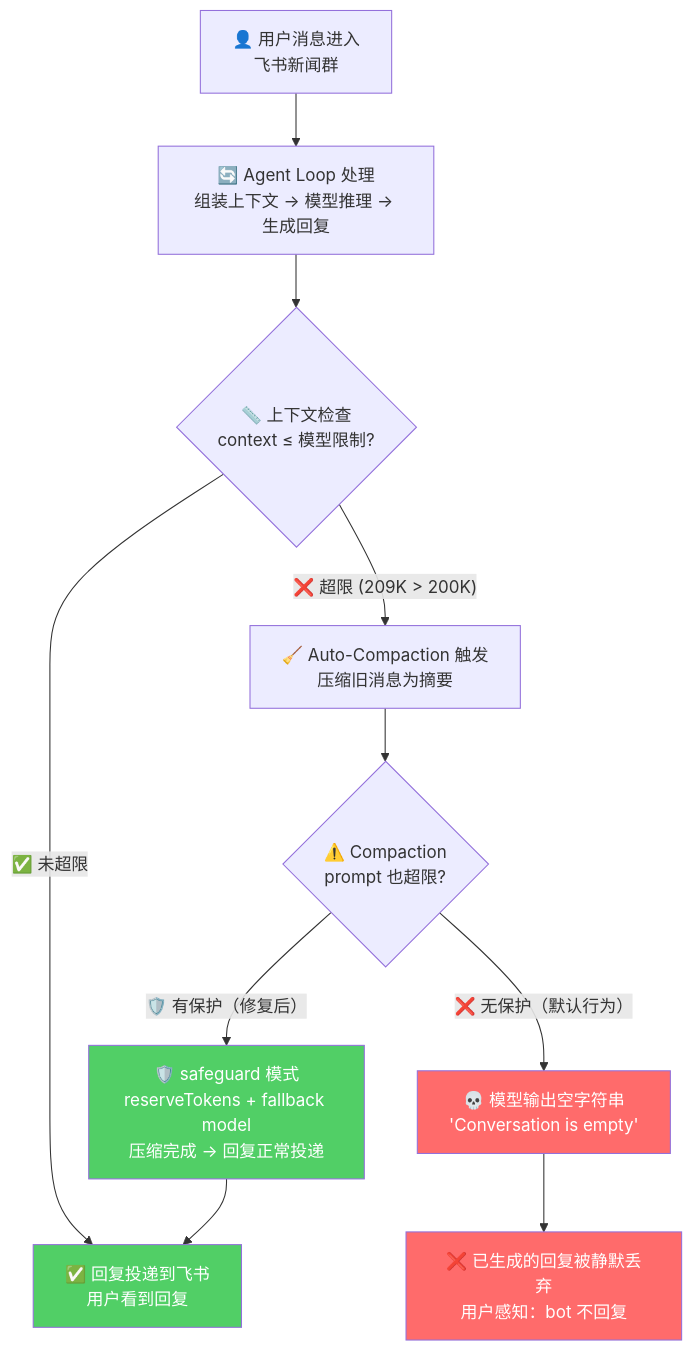
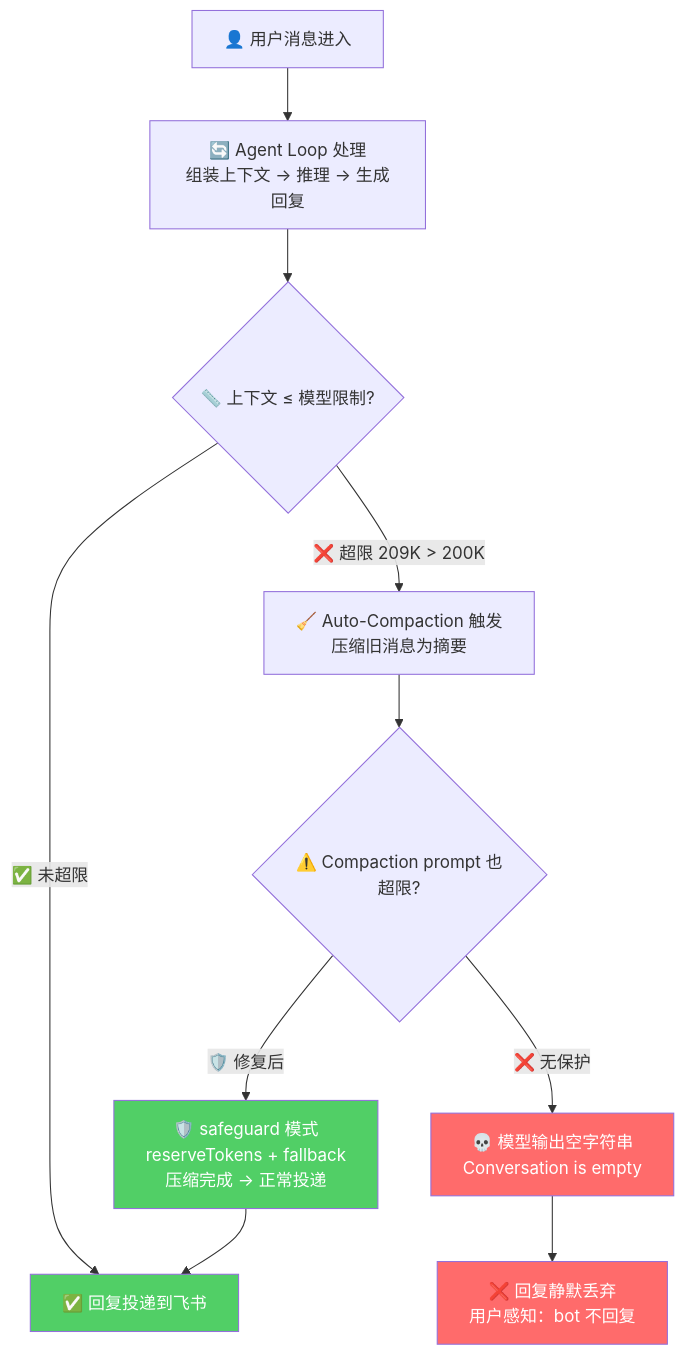
One commit to YouToco/zhuoqidev.com changed the second of 4 diagrams in content/posts/openclaw-pitfalls.md. Above: the diagram before and after it, drawn with Mermaid. The commit also changed other lines of this file, not shown here.

First line of the commit message:
update: switch mermaid diagrams to Blowfish shortcode syntax

````diff
--- a/content/posts/openclaw-pitfalls.md
+++ b/content/posts/openclaw-pitfalls.md
@@ -101,27 +89,23 @@
-```mermaid
+{{< mermaid >}}
 flowchart TB
-    MSG["👤 用户消息进入<br/>飞书新闻群"]
-    LOOP["🔄 Agent Loop 处理<br/>组装上下文 → 模型推理 → 生成回复"]
-    CHECK{"📏 上下文检查<br/>context ≤ 模型限制?"}
-    DELIVER["✅ 回复投递到飞书<br/>用户看到回复"]
+    MSG["👤 用户消息进入"]
+    LOOP["🔄 Agent Loop 处理<br/>组装上下文 → 推理 → 生成回复"]
+    CHECK{"📏 上下文 ≤ 模型限制?"}
+    DELIVER["✅ 回复投递到飞书"]
     COMPACT["🧹 Auto-Compaction 触发<br/>压缩旧消息为摘要"]
-    OVERFLOW{"⚠️ Compaction<br/>prompt 也超限?"}
-    EMPTY["💀 模型输出空字符串<br/>'Conversation is empty'"]
-    LOST["❌ 已生成的回复被静默丢弃<br/>用户感知：bot 不回复"]
-    SAFEGUARD["🛡️ safeguard 模式<br/>reserveTokens + fallback model<br/>压缩完成 → 回复正常投递"]
+    OVERFLOW{"⚠️ Compaction prompt 也超限?"}
+    EMPTY["💀 模型输出空字符串<br/>Conversation is empty"]
+    LOST["❌ 回复静默丢弃<br/>用户感知：bot 不回复"]
+    SAFEGUARD["🛡️ safeguard 模式<br/>reserveTokens + fallback<br/>压缩完成 → 正常投递"]
 
-    MSG --> LOOP
-    LOOP --> CHECK
+    MSG --> LOOP --> CHECK
     CHECK -->|"✅ 未超限"| DELIVER
-    CHECK -->|"❌ 超限 (209K > 200K)"| COMPACT
-    COMPACT --> OVERFLOW
-    OVERFLOW -->|"❌ 无保护（默认行为）"| EMPTY
-    OVERFLOW -->|"🛡️ 有保护（修复后）"| SAFEGUARD
-    EMPTY --> LOST
-    SAFEGUARD --> DELIVER
+    CHECK -->|"❌ 超限 209K > 200K"| COMPACT --> OVERFLOW
+    OVERFLOW -->|"❌ 无保护"| EMPTY --> LOST
+    OVERFLOW -->|"🛡️ 修复后"| SAFEGUARD --> DELIVER
 
     style EMPTY fill:#ff6b6b,color:#fff
     style LOST fill:#ff6b6b,color:#fff
     style SAFEGUARD fill:#51cf66,color:#fff
     style DELIVER fill:#51cf66,color:#fff
-```
+{{< /mermaid >}}
````
